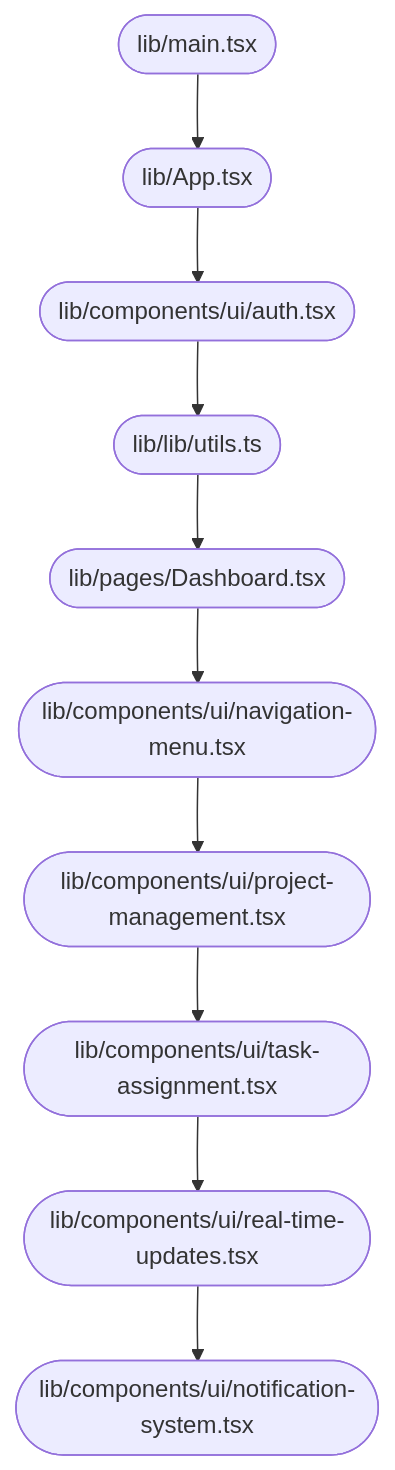
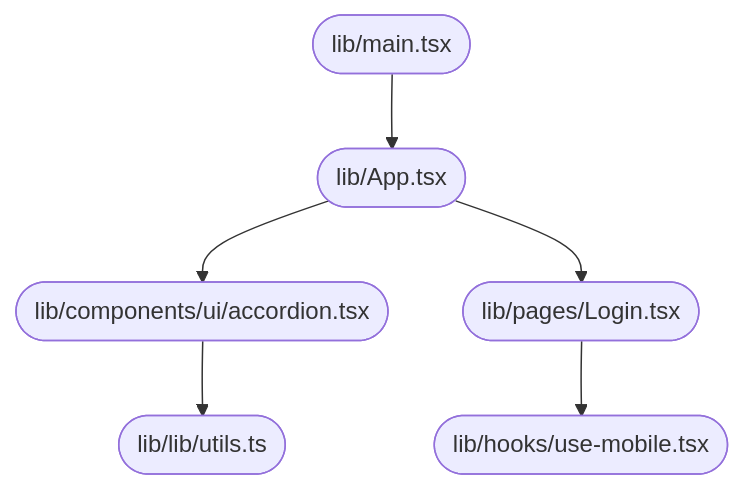
Before and after one commit to jahnavi783/tasty-web-portal: the diagram in DOCUMENTATION.md, drawn with Mermaid. The commit also changed other lines of this file, not shown here.

````diff
--- a/DOCUMENTATION.md
+++ b/DOCUMENTATION.md
@@ -37,12 +37,8 @@
 ```mermaid
 flowchart TD
-A([lib/main.tsx]) --> B([lib/App.tsx])
-B --> C([lib/components/ui/auth.tsx])
-C --> D([lib/lib/utils.ts])
-D --> E([lib/pages/Dashboard.tsx])
-E --> F([lib/components/ui/navigation-menu.tsx])
-F --> G([lib/components/ui/project-management.tsx])
-G --> H([lib/components/ui/task-assignment.tsx])
-H --> I([lib/components/ui/real-time-updates.tsx])
-I --> J([lib/components/ui/notification-system.tsx])
+    A([lib/main.tsx]) --> B([lib/App.tsx])
+    B --> C([lib/components/ui/accordion.tsx])
+    B --> D([lib/pages/Login.tsx])
+    C --> E([lib/lib/utils.ts])
+    D --> F([lib/hooks/use-mobile.tsx])
 ```
````
